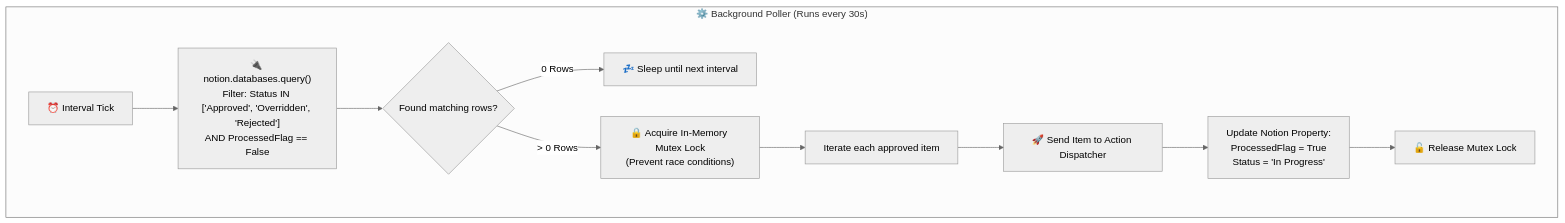
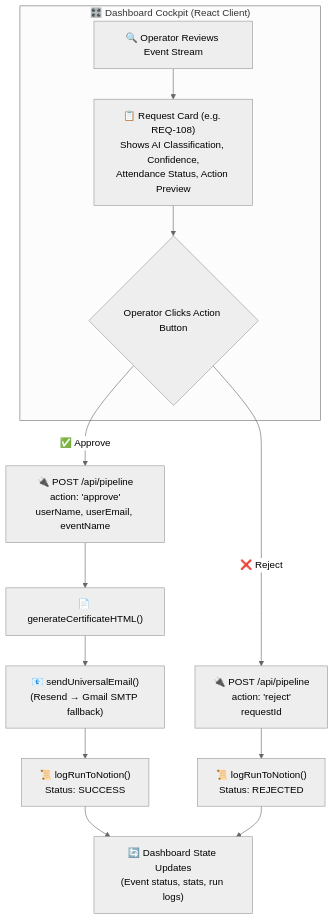
Before and after one commit to sharmaa-abhi/AutoDesk: the seventh of 12 diagrams in docs/FLOWCHARTS.md, drawn with Mermaid (neutral theme). The commit also changed other lines of this file and 5 other files, not shown here.

Commit message:
upgrade to Next.js 16, refactor to server-side only environment variables, and add comprehensive project documentation and flowcharts.

````diff
--- a/docs/FLOWCHARTS.md
+++ b/docs/FLOWCHARTS.md
@@ -187,17 +193,20 @@
 ```mermaid
 flowchart TD
-    subgraph PollingWorker ["⚙️ Background Poller (Runs every 30s)"]
-        Timer["⏰ Interval Tick"] --> Query["🔌 notion.databases.query()<br/>Filter: Status IN ['Approved', 'Overridden', 'Rejected']<br/>AND ProcessedFlag == False"]
-        
-        Query --> ResultCount{"Found matching rows?"}
-        
-        ResultCount -- "0 Rows" --> Idle["💤 Sleep until next interval"]
-        ResultCount -- "> 0 Rows" --> Lock["🔒 Acquire In-Memory Mutex Lock<br/>(Prevent race conditions)"]
-        
-        Lock --> LoopRows["Iterate each approved item"]
-        
-        LoopRows --> DispatchWork["🚀 Send Item to Action Dispatcher"]
-        DispatchWork --> MarkProcessing["Update Notion Property:<br/>ProcessedFlag = True<br/>Status = 'In Progress'"]
-        MarkProcessing --> ReleaseLock["🔓 Release Mutex Lock"]
+    subgraph DashboardHITL ["🎛️ Dashboard Cockpit (React Client)"]
+        View["🔍 Operator Reviews Event Stream"]
+        View --> Card["📋 Request Card (e.g. REQ-108)<br/>Shows AI Classification, Confidence,<br/>Attendance Status, Action Preview"]
+        Card --> Decision{"Operator Clicks Action Button"}
     end
+
+    Decision -- "✅ Approve" --> ApproveCall["🔌 POST /api/pipeline<br/>action: 'approve'<br/>userName, userEmail, eventName"]
+    Decision -- "❌ Reject" --> RejectCall["🔌 POST /api/pipeline<br/>action: 'reject'<br/>requestId"]
+
+    ApproveCall --> GenCert["📄 generateCertificateHTML()"]
+    GenCert --> SendEmail["📧 sendUniversalEmail()<br/>(Resend → Gmail SMTP fallback)"]
+    SendEmail --> LogApprove["📜 logRunToNotion()<br/>Status: SUCCESS"]
+
+    RejectCall --> LogReject["📜 logRunToNotion()<br/>Status: REJECTED"]
+
+    LogApprove --> UpdateUI["🔄 Dashboard State Updates<br/>(Event status, stats, run logs)"]
+    LogReject --> UpdateUI
 ```
````
